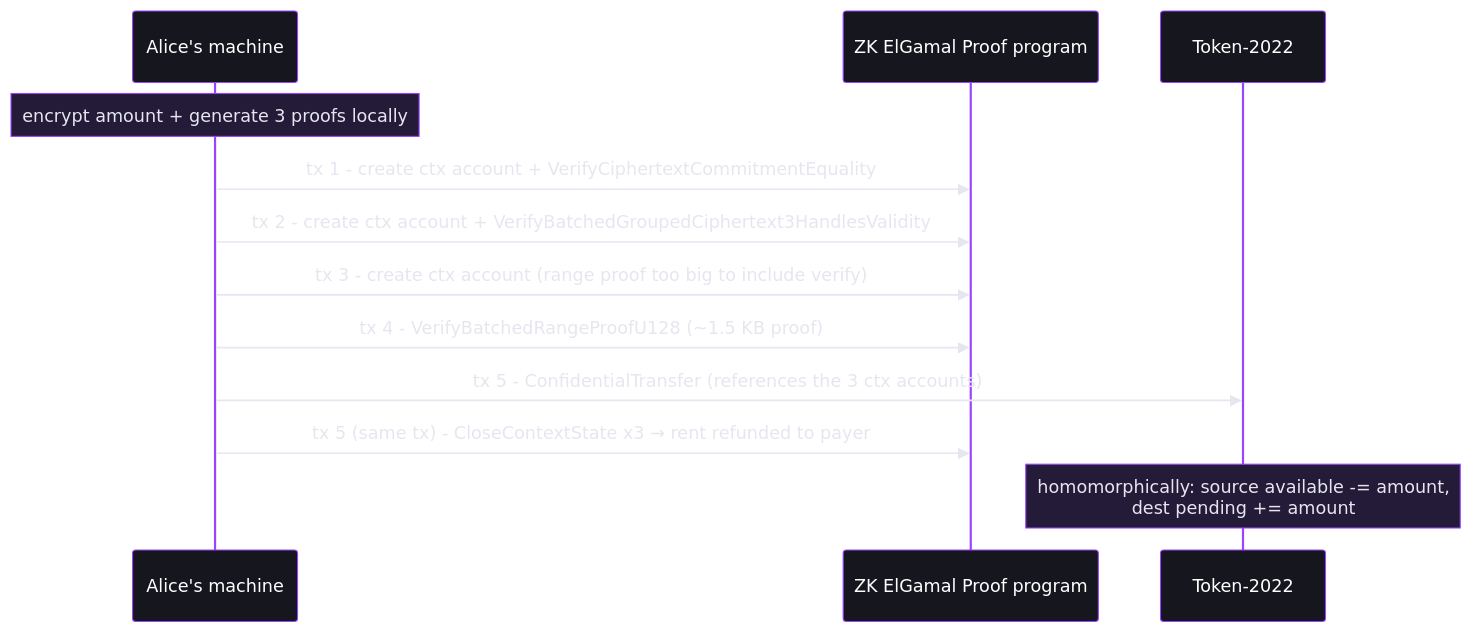
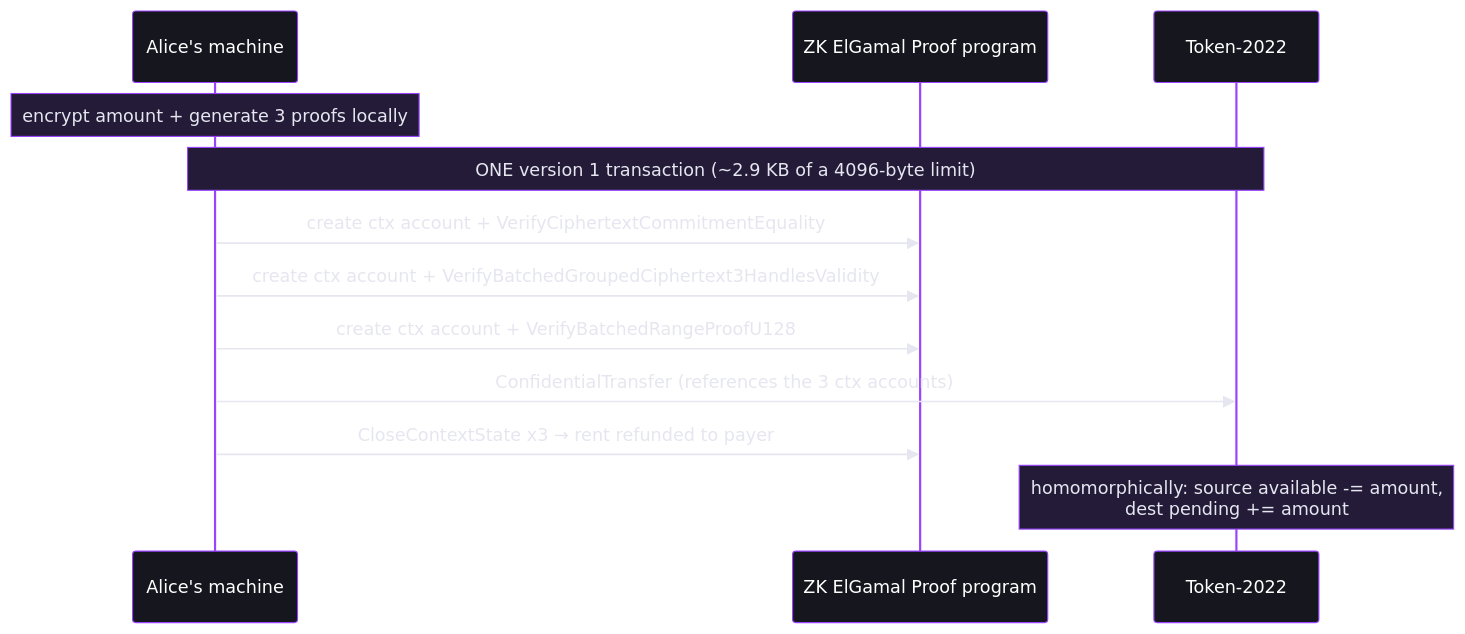
The second of 2 diagrams in workshop/04-confidential-transfer.md (catmcgee/confidential-transfers-explorer), drawn with Mermaid before and after one commit. The commit also changed other lines of this file and 32 other files, not shown here.

````diff
--- a/workshop/04-confidential-transfer.md
+++ b/workshop/04-confidential-transfer.md
@@ -37,15 +37,15 @@
 ```mermaid
 %%{init: {'theme':'base','themeVariables':{'background':'transparent','primaryColor':'#16161f','primaryTextColor':'#ffffff','primaryBorderColor':'#9945FF','secondaryColor':'#0f2e21','secondaryTextColor':'#ffffff','secondaryBorderColor':'#14F195','tertiaryColor':'#241b38','tertiaryTextColor':'#ffffff','lineColor':'#8b8ba7','textColor':'#e6e6f0','fontSize':'14px','clusterBkg':'#101018','clusterBorder':'#3a3a4d','edgeLabelBackground':'#101018','actorBkg':'#16161f','actorTextColor':'#ffffff','actorBorder':'#9945FF','signalColor':'#e6e6f0','signalTextColor':'#e6e6f0','noteBkgColor':'#241b38','noteTextColor':'#e6e6f0','noteBorderColor':'#9945FF','labelBoxBkgColor':'#16161f','labelTextColor':'#ffffff','loopTextColor':'#e6e6f0'}}}%%
 sequenceDiagram
     participant A as Alice's machine
     participant ZK as ZK ElGamal Proof program
     participant T22 as Token-2022
     Note over A: encrypt amount + generate 3 proofs locally
-    A->>ZK: tx 1 - create ctx account + VerifyCiphertextCommitmentEquality
-    A->>ZK: tx 2 - create ctx account + VerifyBatchedGroupedCiphertext3HandlesValidity
-    A->>ZK: tx 3 - create ctx account (range proof too big to include verify)
-    A->>ZK: tx 4 - VerifyBatchedRangeProofU128 (~1.5 KB proof)
-    A->>T22: tx 5 - ConfidentialTransfer (references the 3 ctx accounts)
-    A->>ZK: tx 5 (same tx) - CloseContextState x3 → rent refunded to payer
+    Note over A,T22: ONE version 1 transaction (~2.9 KB of a 4096-byte limit)
+    A->>ZK: create ctx account + VerifyCiphertextCommitmentEquality
+    A->>ZK: create ctx account + VerifyBatchedGroupedCiphertext3HandlesValidity
+    A->>ZK: create ctx account + VerifyBatchedRangeProofU128
+    A->>T22: ConfidentialTransfer (references the 3 ctx accounts)
+    A->>ZK: CloseContextState x3 → rent refunded to payer
     Note over T22: homomorphically: source available -= amount,<br/>dest pending += amount
 ```
````
